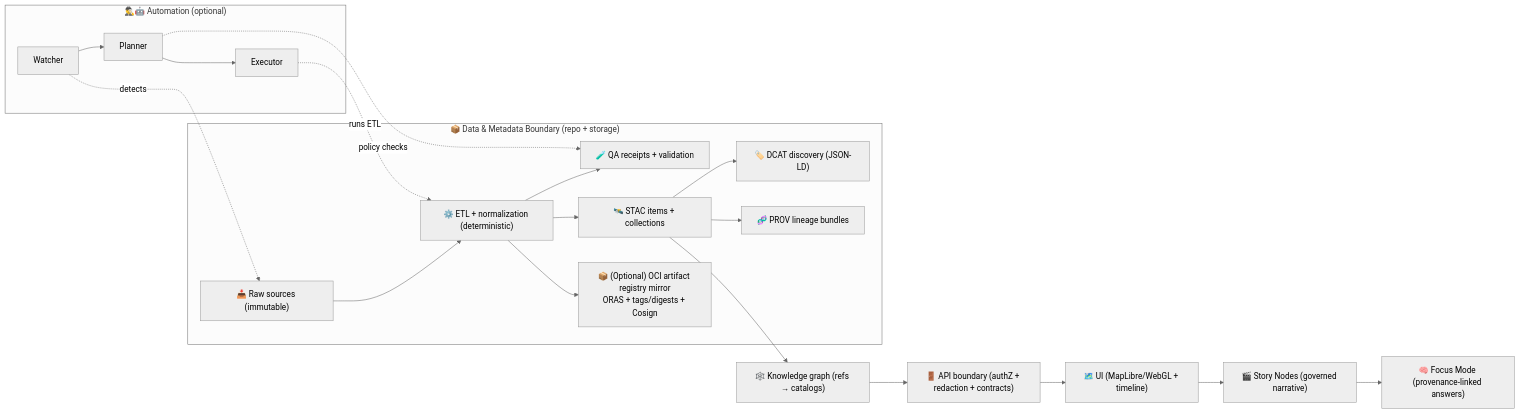
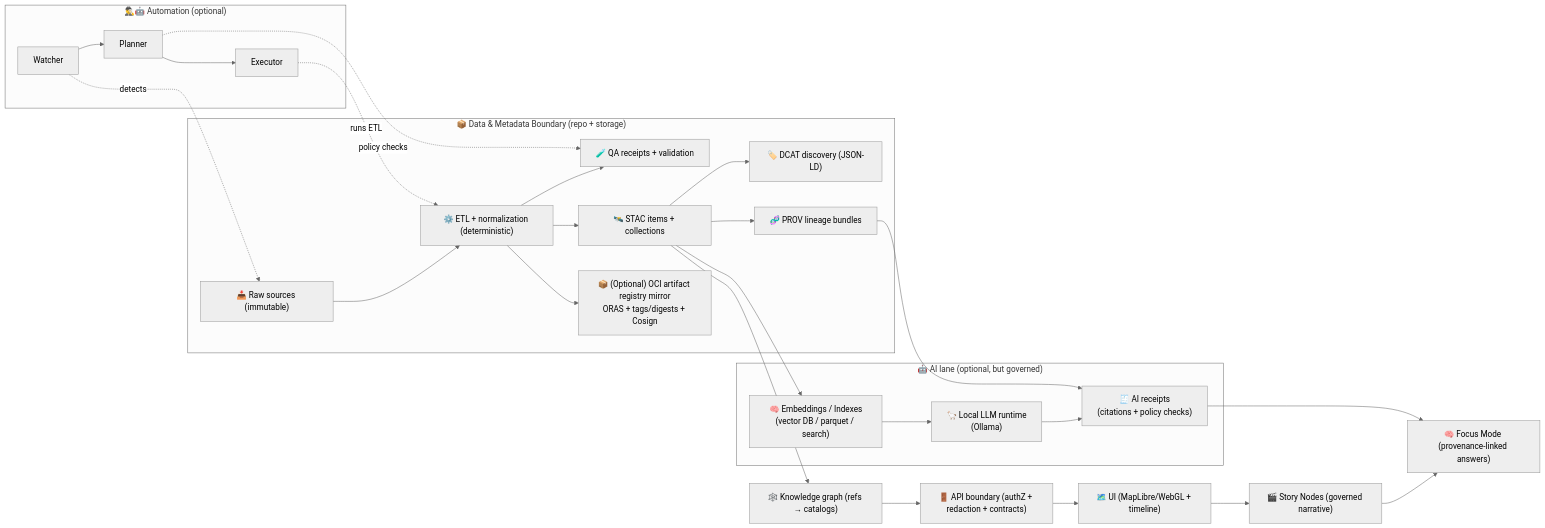
The diagram in data/README.md (bartytime4life/Kansas-Frontier-Matrix), drawn with Mermaid (neutral theme) before and after one commit. The commit also changed other lines of this file, not shown here.

````diff
--- a/data/README.md
+++ b/data/README.md
@@ -161,25 +178,34 @@
 ```mermaid
 flowchart LR
   subgraph Data["📦 Data & Metadata Boundary (repo + storage)"]
     A["📥 Raw sources (immutable)"] --> B["⚙️ ETL + normalization (deterministic)"]
     B --> W["🧪 QA receipts + validation"]
     B --> C["🛰️ STAC items + collections"]
     C --> D["🏷️ DCAT discovery (JSON-LD)"]
     C --> E["🧬 PROV lineage bundles"]
     B --> R["📦 (Optional) OCI artifact registry mirror\nORAS + tags/digests + Cosign"]
+  end
+
+  subgraph AI["🤖 AI lane (optional, but governed)"]
+    V["🧠 Embeddings / Indexes\n(vector DB / parquet / search)"] --> L["🦙 Local LLM runtime\n(Ollama)"]
+    L --> F["🧾 AI receipts\n(citations + policy checks)"]
   end
 
   subgraph Agents["🕵️‍♂️🤖 Automation (optional)"]
     X["Watcher"] --> Y["Planner"] --> Z["Executor"]
   end
 
   X -. detects .-> A
   Y -. policy checks .-> W
   Z -. runs ETL .-> B
 
   C --> G["🕸️ Knowledge graph (refs → catalogs)"]
   G --> H["🚪 API boundary (authZ + redaction + contracts)"]
   H --> I["🗺️ UI (MapLibre/WebGL + timeline)"]
   I --> J["🎬 Story Nodes (governed narrative)"]
   J --> K["🧠 Focus Mode (provenance-linked answers)"]
+
+  C --> V
+  E --> F
+  F --> K
 ```
````
